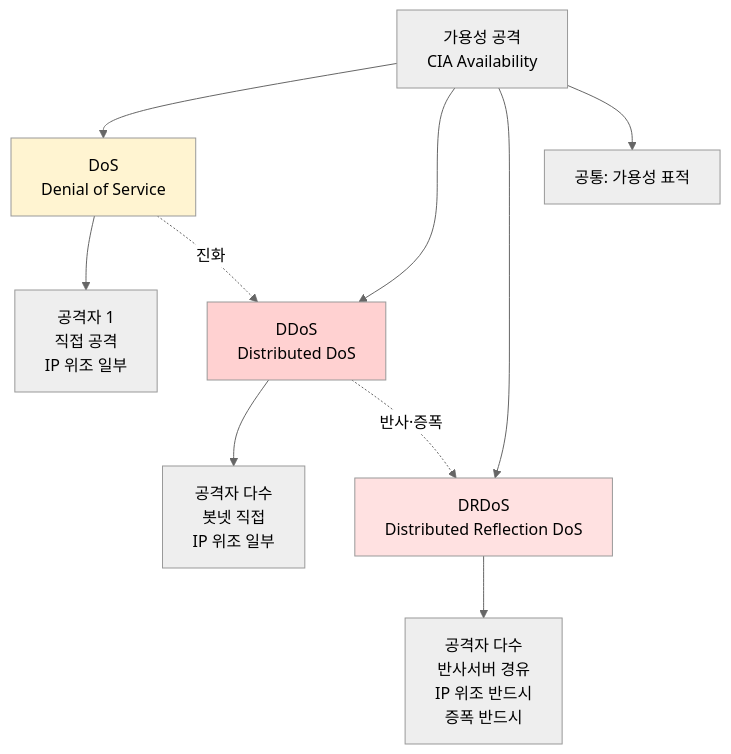
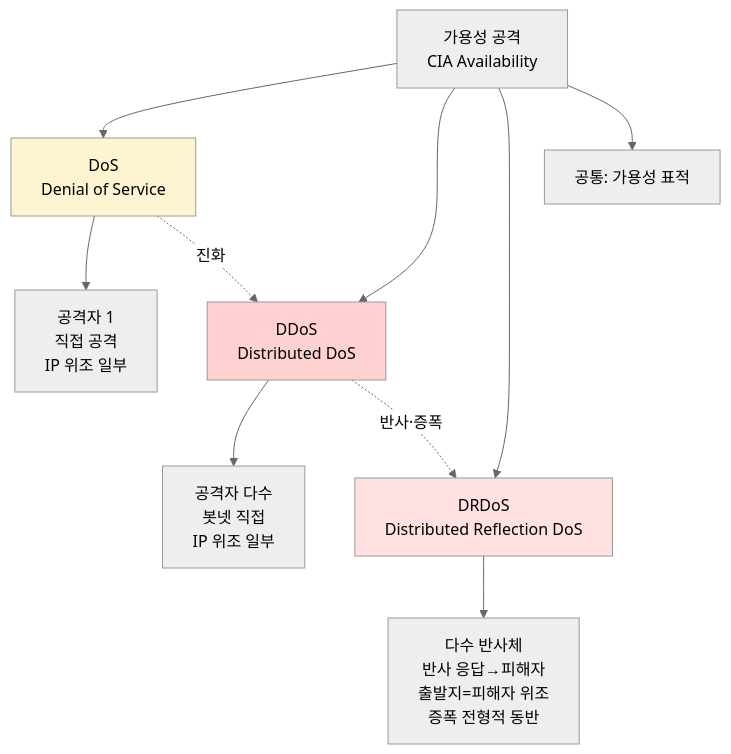
Before and after one commit to ianrang/cs-study: the first of 5 diagrams in cs/information-security/study/02.network-security/05.dos-ddos-drdos.md, drawn with Mermaid (neutral theme). The commit also changed other lines of this file and 3 other files, not shown here.

````diff
--- a/cs/information-security/study/02.network-security/05.dos-ddos-drdos.md
+++ b/cs/information-security/study/02.network-security/05.dos-ddos-drdos.md
@@ -822,22 +826,22 @@
 ```mermaid
 graph TD
   A[가용성 공격<br/>CIA Availability]
 
   A --> D1[DoS<br/>Denial of Service]
   D1 --> D1a[공격자 1<br/>직접 공격<br/>IP 위조 일부]
 
   A --> D2[DDoS<br/>Distributed DoS]
   D2 --> D2a[공격자 다수<br/>봇넷 직접<br/>IP 위조 일부]
 
   A --> D3[DRDoS<br/>Distributed Reflection DoS]
-  D3 --> D3a[공격자 다수<br/>반사서버 경유<br/>IP 위조 반드시<br/>증폭 반드시]
+  D3 --> D3a[다수 반사체<br/>반사 응답→피해자<br/>출발지=피해자 위조<br/>증폭 전형적 동반]
 
   A --> CMN[공통: 가용성 표적]
 
   D1 -.진화.-> D2
   D2 -.반사·증폭.-> D3
 
   style D1 fill:#fff4d1
   style D2 fill:#ffd1d1
   style D3 fill:#ffe1e1
 ```
````
